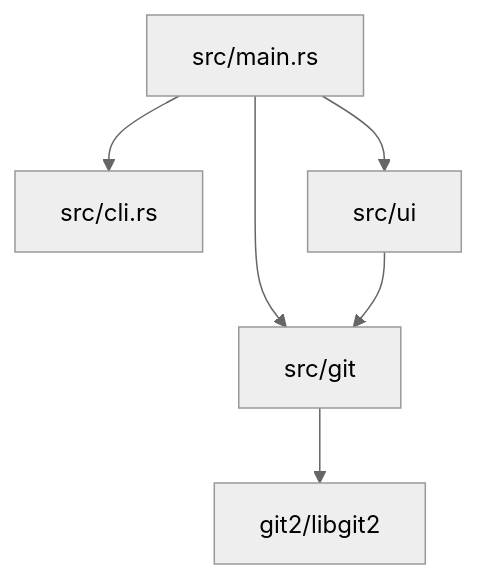
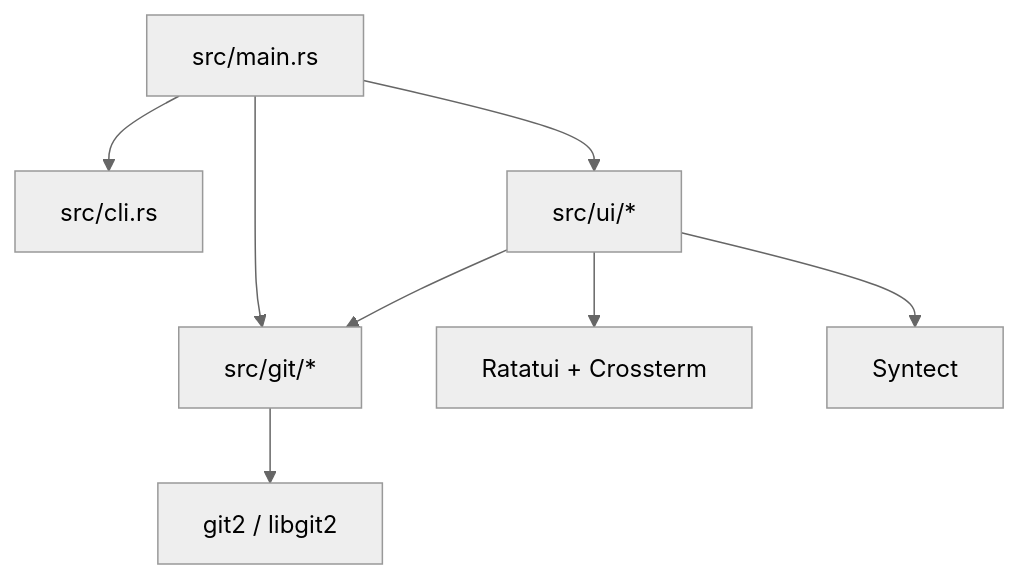
Before and after one commit to daredem0/git-sync: the second of 6 diagrams in SDD_SAD.md, drawn with Mermaid (neutral theme). The commit also changed other lines of this file, not shown here.

````diff
--- a/SDD_SAD.md
+++ b/SDD_SAD.md
@@ -85,8 +89,18 @@
 ```mermaid
 flowchart TD
-    MAIN[src/main.rs] --> CLI[src/cli.rs]
-    MAIN --> GIT[src/git]
-    MAIN --> UI[src/ui]
+    MAIN[src/main.rs]
+    CLI[src/cli.rs]
+    UI[src/ui/*]
+    GIT[src/git/*]
+    LIBGIT2[git2 / libgit2]
+    TERM[Ratatui + Crossterm]
+    SYN[Syntect]
+
+    MAIN --> CLI
+    MAIN --> UI
+    MAIN --> GIT
     UI --> GIT
-    GIT --> LIBGIT2[git2/libgit2]
+    UI --> TERM
+    UI --> SYN
+    GIT --> LIBGIT2
 ```
````
